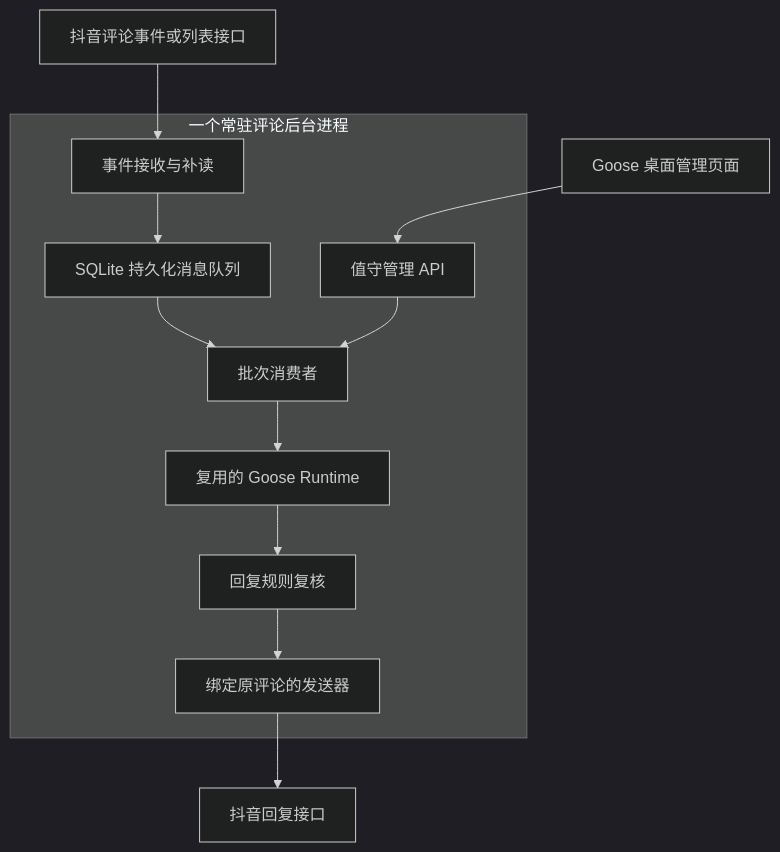
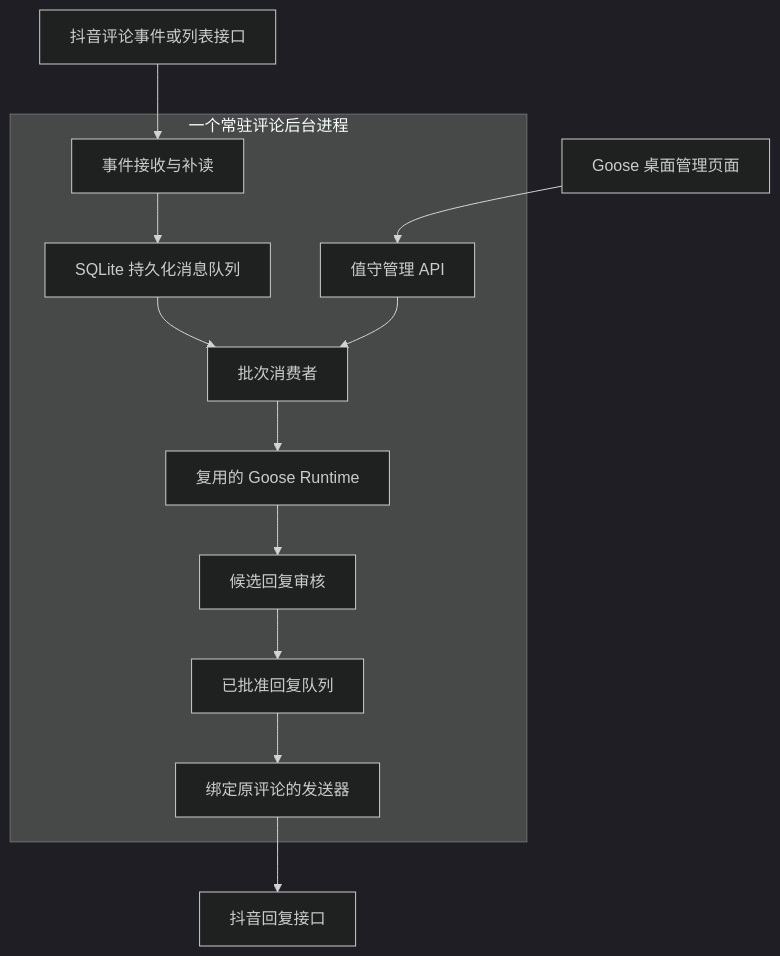
The diagram in BM_custom/BM_docs/BM_comment_watch_design.md (BrahmaMantra/goose), drawn with Mermaid (dark theme) before and after one commit. The commit also changed other lines of this file and 28 other files, not shown here.

````diff
--- a/BM_custom/BM_docs/BM_comment_watch_design.md
+++ b/BM_custom/BM_docs/BM_comment_watch_design.md
@@ -62,14 +64,15 @@
 ```mermaid
 flowchart TD
     Platform[抖音评论事件或列表接口] --> Ingress[事件接收与补读]
     subgraph Backend[一个常驻评论后台进程]
         Ingress --> Queue[SQLite 持久化消息队列]
         Queue --> Consumer[批次消费者]
         Consumer --> Runtime[复用的 Goose Runtime]
-        Runtime --> Policy[回复规则复核]
-        Policy --> Sender[绑定原评论的发送器]
+        Runtime --> Policy[候选回复审核]
+        Policy --> Approved[已批准回复队列]
+        Approved --> Sender[绑定原评论的发送器]
         Admin[值守管理 API] --> Consumer
     end
     Desktop[Goose 桌面管理页面] --> Admin
     Sender --> Reply[抖音回复接口]
 ```
````
